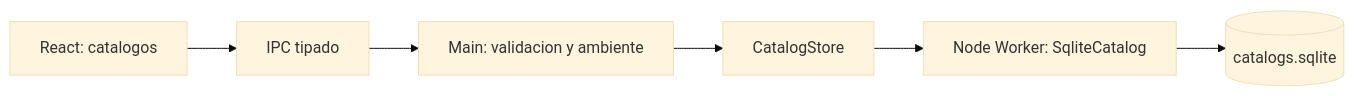
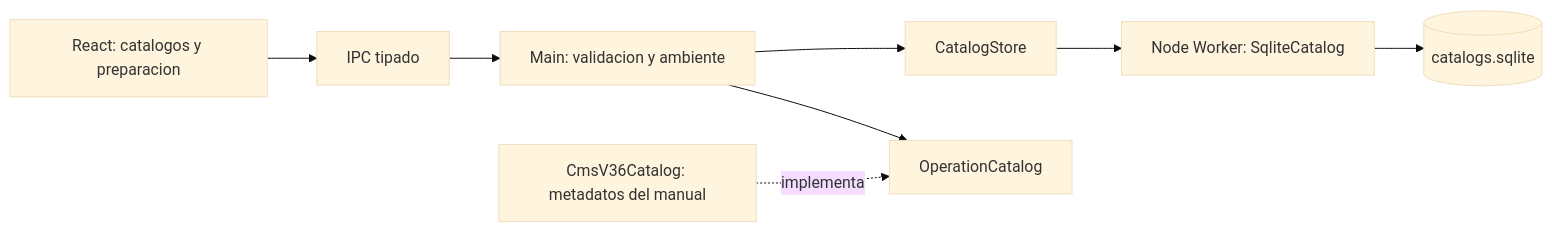
One commit to DerianDev17/SimuladorQa changed the diagram in docs/architecture/COMPONENTS.md. Above: the diagram before and after it, drawn with Mermaid (base theme). The commit also changed other lines of this file and 19 other files, not shown here.

````diff
--- a/docs/architecture/COMPONENTS.md
+++ b/docs/architecture/COMPONENTS.md
@@ -13,8 +17,10 @@
 ```mermaid
 flowchart LR
-  Renderer[React: catalogos] --> Preload[IPC tipado]
+  Renderer[React: catalogos y preparacion] --> Preload[IPC tipado]
   Preload --> Main[Main: validacion y ambiente]
   Main --> Port[CatalogStore]
   Port --> Worker[Node Worker: SqliteCatalog]
   Worker --> SQLite[(catalogs.sqlite)]
+  Main --> OperationPort[OperationCatalog]
+  CMS[CmsV36Catalog: metadatos del manual] -. implementa .-> OperationPort
 ```
````
